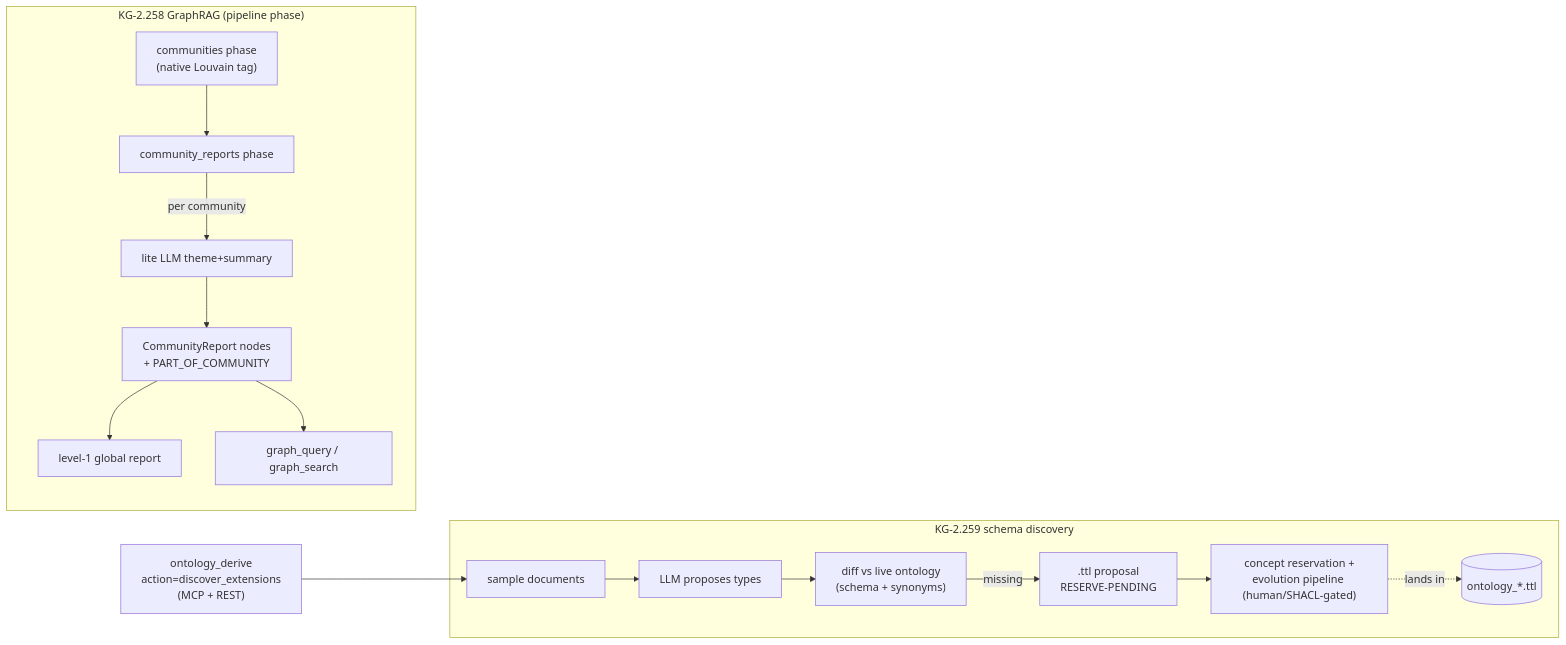
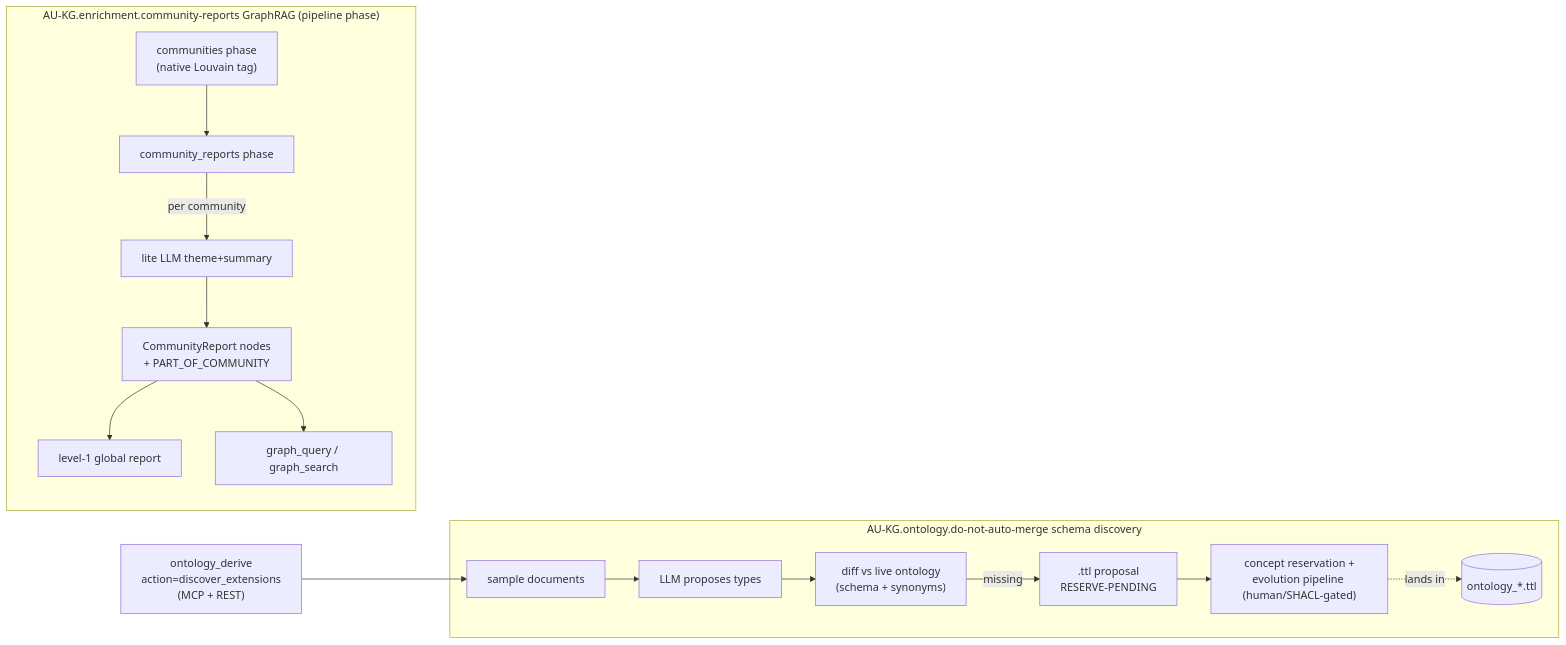
The third of 3 diagrams in docs/architecture/ontology-guided-ingestion.md (Knuckles-Team/agent-utilities), drawn with Mermaid before and after one commit. The commit also changed other lines of this file and 2324 other files, not shown here.

````diff
--- a/docs/architecture/ontology-guided-ingestion.md
+++ b/docs/architecture/ontology-guided-ingestion.md
@@ -97,20 +97,20 @@
 ```mermaid
 flowchart LR
-    subgraph G["KG-2.258 GraphRAG (pipeline phase)"]
+    subgraph G["AU-KG.enrichment.community-reports GraphRAG (pipeline phase)"]
         COMM["communities phase<br/>(native Louvain tag)"] --> CR["community_reports phase"]
         CR -->|per community| LLM1["lite LLM theme+summary"]
         LLM1 --> CRN["CommunityReport nodes<br/>+ PART_OF_COMMUNITY"]
         CRN --> GLOB["level-1 global report"]
         CRN --> QRY["graph_query / graph_search"]
     end
 
-    subgraph B["KG-2.259 schema discovery"]
+    subgraph B["AU-KG.ontology.do-not-auto-merge schema discovery"]
         SAMP["sample documents"] --> LLM2["LLM proposes types"]
         LLM2 --> DIFF["diff vs live ontology<br/>(schema + synonyms)"]
         DIFF -->|missing| PROP[".ttl proposal<br/>RESERVE-PENDING"]
         PROP --> EVO["concept reservation +<br/>evolution pipeline (human/SHACL-gated)"]
         EVO -.lands in.-> TTL[("ontology_*.ttl")]
     end
 
     OD["ontology_derive<br/>action=discover_extensions<br/>(MCP + REST)"] --> SAMP
 ```
````
